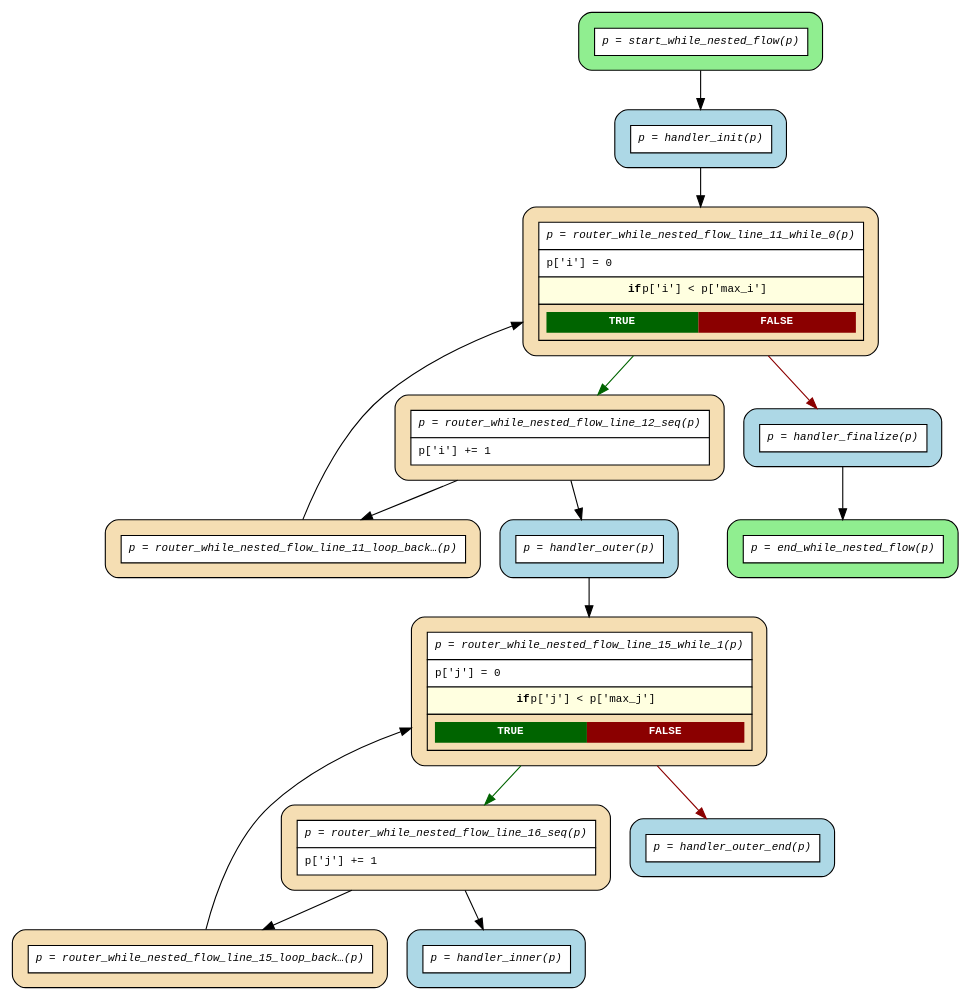
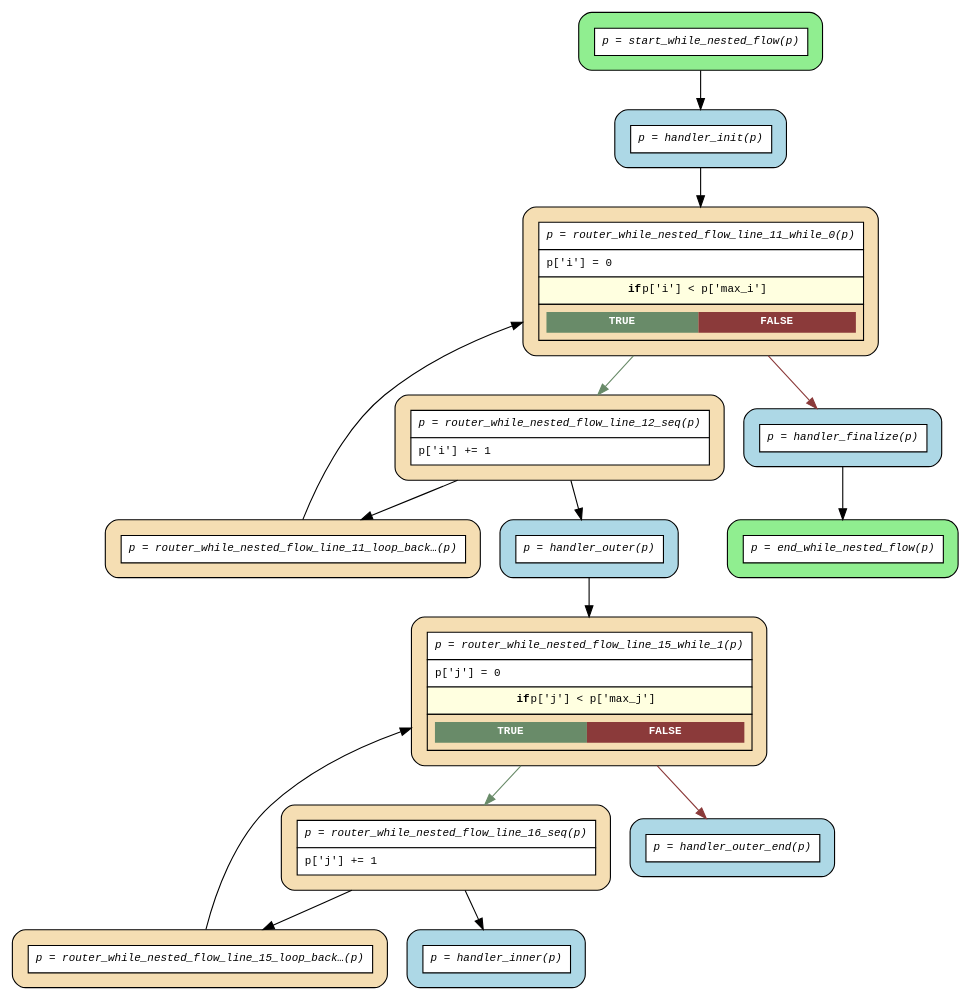
Before and after one commit to mrhillsman-enterprise-ai/asya: the diagram in examples/flows/compiled/while_nested/flow.dot, drawn with Graphviz. The commit also changed 83 other files, not shown here.

First line of the commit message:
feat(flow): add try-except-finally support to Flow DSL compiler (#185)

```diff
--- a/examples/flows/compiled/while_nested/flow.dot
+++ b/examples/flows/compiled/while_nested/flow.dot
@@ -1,35 +1,35 @@
 digraph flow {
   rankdir=TB;
   graph [fontname="Courier", fontsize=10];
   node [fontname="Courier", fontsize=10, shape=box, style="filled,rounded", margin="0.2"];
   edge [fontname="Courier", fontsize=10];
 
   start_while_nested_flow [fillcolor="lightgreen", label=<<table border="0" cellspacing="0" cellpadding="6" cellborder="1"><tr><td bgcolor="white" align="center"><i>p = start_while_nested_flow(p)</i></td></tr></table>>];
   router_while_nested_flow_line_16_seq [fillcolor="wheat", label=<<table border="0" cellspacing="0" cellpadding="6" cellborder="1"><tr><td bgcolor="white" align="center"><i>p = router_while_nested_flow_line_16_seq(p)</i></td></tr><tr><td bgcolor="white" align="left">p['j'] += 1</td></tr></table>>];
   router_while_nested_flow_line_15_loop_back_1 [fillcolor="wheat", label=<<table border="0" cellspacing="0" cellpadding="6" cellborder="1"><tr><td bgcolor="white" align="center"><i>p = router_while_nested_flow_line_15_loop_back…(p)</i></td></tr></table>>];
-  router_while_nested_flow_line_15_while_1 [fillcolor="wheat", label=<<table border="0" cellspacing="0" cellpadding="6" cellborder="1"><tr><td bgcolor="white" align="center"><i>p = router_while_nested_flow_line_15_while_1(p)</i></td></tr><tr><td bgcolor="white" align="left">p['j'] = 0</td></tr><tr><td bgcolor="lightyellow"><b>if</b> p['j'] &lt; p['max_j']</td></tr><tr><td><table border="0" cellspacing="0" cellpadding="4"><tr><td bgcolor="darkgreen"><font color="white"><b>TRUE</b></font></td><td bgcolor="darkred"><font color="white"><b>FALSE</b></font></td></tr></table></td></tr></table>>];
+  router_while_nested_flow_line_15_while_1 [fillcolor="wheat", label=<<table border="0" cellspacing="0" cellpadding="6" cellborder="1"><tr><td bgcolor="white" align="center"><i>p = router_while_nested_flow_line_15_while_1(p)</i></td></tr><tr><td bgcolor="white" align="left">p['j'] = 0</td></tr><tr><td bgcolor="lightyellow"><b>if</b> p['j'] &lt; p['max_j']</td></tr><tr><td><table border="0" cellspacing="0" cellpadding="4"><tr><td bgcolor="darkseagreen4"><font color="white"><b>TRUE</b></font></td><td bgcolor="indianred4"><font color="white"><b>FALSE</b></font></td></tr></table></td></tr></table>>];
   router_while_nested_flow_line_12_seq [fillcolor="wheat", label=<<table border="0" cellspacing="0" cellpadding="6" cellborder="1"><tr><td bgcolor="white" align="center"><i>p = router_while_nested_flow_line_12_seq(p)</i></td></tr><tr><td bgcolor="white" align="left">p['i'] += 1</td></tr></table>>];
   router_while_nested_flow_line_11_loop_back_0 [fillcolor="wheat", label=<<table border="0" cellspacing="0" cellpadding="6" cellborder="1"><tr><td bgcolor="white" align="center"><i>p = router_while_nested_flow_line_11_loop_back…(p)</i></td></tr></table>>];
-  router_while_nested_flow_line_11_while_0 [fillcolor="wheat", label=<<table border="0" cellspacing="0" cellpadding="6" cellborder="1"><tr><td bgcolor="white" align="center"><i>p = router_while_nested_flow_line_11_while_0(p)</i></td></tr><tr><td bgcolor="white" align="left">p['i'] = 0</td></tr><tr><td bgcolor="lightyellow"><b>if</b> p['i'] &lt; p['max_i']</td></tr><tr><td><table border="0" cellspacing="0" cellpadding="4"><tr><td bgcolor="darkgreen"><font color="white"><b>TRUE</b></font></td><td bgcolor="darkred"><font color="white"><b>FALSE</b></font></td></tr></table></td></tr></table>>];
+  router_while_nested_flow_line_11_while_0 [fillcolor="wheat", label=<<table border="0" cellspacing="0" cellpadding="6" cellborder="1"><tr><td bgcolor="white" align="center"><i>p = router_while_nested_flow_line_11_while_0(p)</i></td></tr><tr><td bgcolor="white" align="left">p['i'] = 0</td></tr><tr><td bgcolor="lightyellow"><b>if</b> p['i'] &lt; p['max_i']</td></tr><tr><td><table border="0" cellspacing="0" cellpadding="4"><tr><td bgcolor="darkseagreen4"><font color="white"><b>TRUE</b></font></td><td bgcolor="indianred4"><font color="white"><b>FALSE</b></font></td></tr></table></td></tr></table>>];
   end_while_nested_flow [fillcolor="lightgreen", label=<<table border="0" cellspacing="0" cellpadding="6" cellborder="1"><tr><td bgcolor="white" align="center"><i>p = end_while_nested_flow(p)</i></td></tr></table>>];
   handler_finalize [fillcolor="lightblue", label=<<table border="0" cellspacing="0" cellpadding="6" cellborder="1"><tr><td bgcolor="white" align="center"><i>p = handler_finalize(p)</i></td></tr></table>>];
   handler_init [fillcolor="lightblue", label=<<table border="0" cellspacing="0" cellpadding="6" cellborder="1"><tr><td bgcolor="white" align="center"><i>p = handler_init(p)</i></td></tr></table>>];
   handler_inner [fillcolor="lightblue", label=<<table border="0" cellspacing="0" cellpadding="6" cellborder="1"><tr><td bgcolor="white" align="center"><i>p = handler_inner(p)</i></td></tr></table>>];
   handler_outer [fillcolor="lightblue", label=<<table border="0" cellspacing="0" cellpadding="6" cellborder="1"><tr><td bgcolor="white" align="center"><i>p = handler_outer(p)</i></td></tr></table>>];
   handler_outer_end [fillcolor="lightblue", label=<<table border="0" cellspacing="0" cellpadding="6" cellborder="1"><tr><td bgcolor="white" align="center"><i>p = handler_outer_end(p)</i></td></tr></table>>];
 
   handler_finalize -> end_while_nested_flow;
   handler_init -> router_while_nested_flow_line_11_while_0;
   handler_outer -> router_while_nested_flow_line_15_while_1;
   router_while_nested_flow_line_11_loop_back_0 -> router_while_nested_flow_line_11_while_0 [constraint=false];
-  router_while_nested_flow_line_11_while_0 -> handler_finalize [color=darkred];
-  router_while_nested_flow_line_11_while_0 -> router_while_nested_flow_line_12_seq [color=darkgreen];
+  router_while_nested_flow_line_11_while_0 -> handler_finalize [color=indianred4];
+  router_while_nested_flow_line_11_while_0 -> router_while_nested_flow_line_12_seq [color=darkseagreen4];
   router_while_nested_flow_line_12_seq -> handler_outer;
   router_while_nested_flow_line_12_seq -> router_while_nested_flow_line_11_loop_back_0;
   router_while_nested_flow_line_15_loop_back_1 -> router_while_nested_flow_line_15_while_1 [constraint=false];
-  router_while_nested_flow_line_15_while_1 -> handler_outer_end [color=darkred];
-  router_while_nested_flow_line_15_while_1 -> router_while_nested_flow_line_16_seq [color=darkgreen];
+  router_while_nested_flow_line_15_while_1 -> handler_outer_end [color=indianred4];
+  router_while_nested_flow_line_15_while_1 -> router_while_nested_flow_line_16_seq [color=darkseagreen4];
   router_while_nested_flow_line_16_seq -> handler_inner;
   router_while_nested_flow_line_16_seq -> router_while_nested_flow_line_15_loop_back_1;
   start_while_nested_flow -> handler_init;
 }
```
